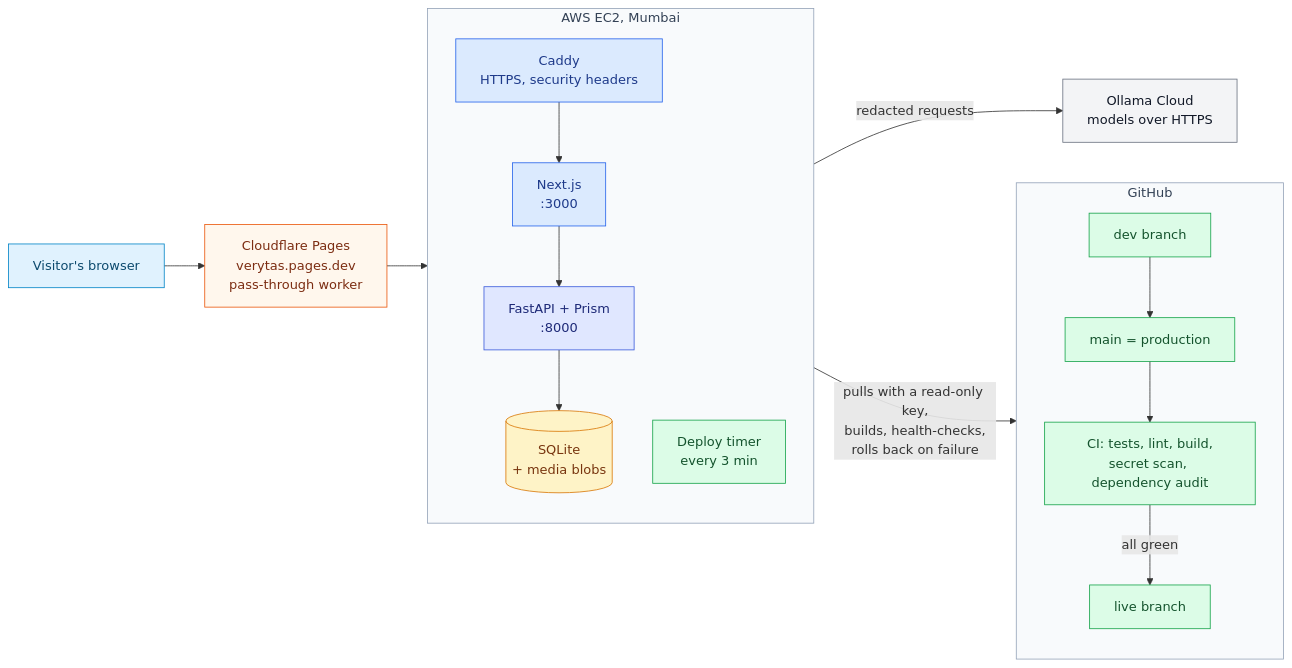
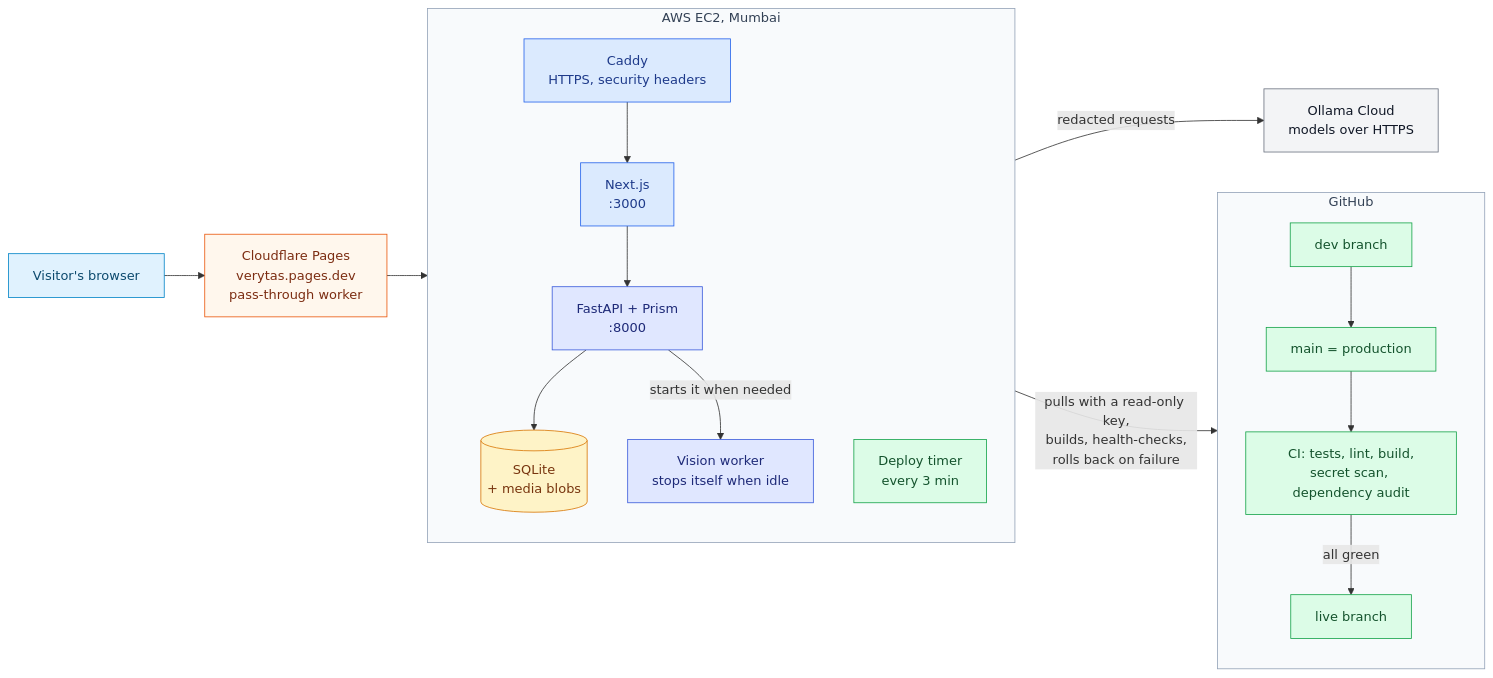
The third of 3 diagrams in README.md (varadarajjborkar/verytas), drawn with Mermaid before and after one commit. The commit also changed other lines of this file and 3 other files, not shown here.

First line of the commit message:
docs: the vision worker, faces, drawn text and the rule-aware fixes, with their measurements

````diff
--- a/README.md
+++ b/README.md
@@ -128,40 +131,42 @@
 ```mermaid
 flowchart LR
     U["Visitor's browser"]:::client
     CF["Cloudflare Pages<br/>verytas.pages.dev<br/>pass-through worker"]:::edge
 
     subgraph AWS["AWS EC2, Mumbai"]
         direction TB
         CAD["Caddy<br/>HTTPS, security headers"]:::web
         NX["Next.js<br/>:3000"]:::web
         FA["FastAPI + Prism<br/>:8000"]:::api
         SQ[("SQLite<br/>+ media blobs")]:::data
         TM["Deploy timer<br/>every 3 min"]:::ops
+        VW["Vision worker<br/>stops itself when idle"]:::api
         CAD --> NX --> FA --> SQ
+        FA -- "starts it when needed" --> VW
     end
 
     OL["Ollama Cloud<br/>models over HTTPS"]:::ext
 
     subgraph GH["GitHub"]
         direction TB
         DEV["dev branch"]:::ops
         MAIN["main = production"]:::ops
         CI["CI: tests, lint, build,<br/>secret scan, dependency audit"]:::ops
         LIVE["live branch"]:::ops
         DEV --> MAIN --> CI -- "all green" --> LIVE
     end
 
     U --> CF --> CAD
     FA -- "redacted requests" --> OL
     TM -- "pulls with a read-only key,<br/>builds, health-checks,<br/>rolls back on failure" --> LIVE
 
     style AWS fill:#f8fafc,stroke:#94a3b8,color:#334155
     style GH fill:#f8fafc,stroke:#94a3b8,color:#334155
     classDef client fill:#e0f2fe,stroke:#0284c7,color:#0c4a6e
     classDef edge fill:#fff7ed,stroke:#ea580c,color:#7c2d12
     classDef web fill:#dbeafe,stroke:#2563eb,color:#1e3a8a
     classDef api fill:#e0e7ff,stroke:#3b5bdb,color:#1e2a78
     classDef data fill:#fef3c7,stroke:#d97706,color:#78350f
     classDef ext fill:#f3f4f6,stroke:#6b7280,color:#111827
     classDef ops fill:#dcfce7,stroke:#16a34a,color:#14532d
 ```
````
